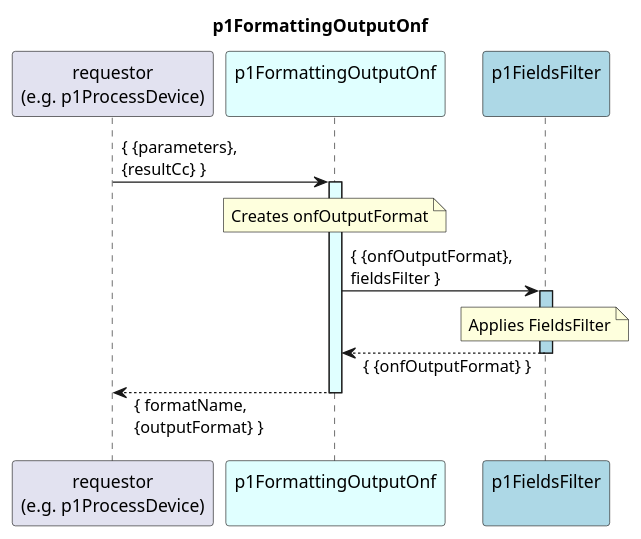
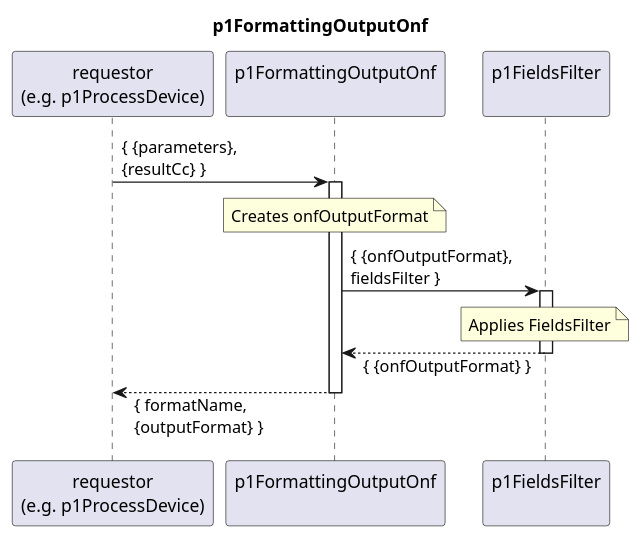
One commit to openBackhaul/DevicePerformanceManagementDataProcessor changed the diagram in spec/Functions/p1StreamPmData/p1ProcessDevice/p1FormattingOutputOnf/1.0.0/p1FormattingOutputOnf.plantuml. Above: the diagram before and after it, drawn with PlantUML. The commit also changed 15 other files, not shown here.

Commit message:
Down version p1FormattingOutputApt

```diff
--- a/spec/Functions/p1StreamPmData/p1ProcessDevice/p1FormattingOutputOnf/1.0.0/p1FormattingOutputOnf.plantuml
+++ b/spec/Functions/p1StreamPmData/p1ProcessDevice/p1FormattingOutputOnf/1.0.0/p1FormattingOutputOnf.plantuml
@@ -1,30 +1,30 @@
 @startuml p1FormattingOutputOnf
 skinparam responseMessageBelowArrow true
 
 title
   p1FormattingOutputOnf
 end title
 
 participant "requestor\n(e.g. p1ProcessDevice)" as requestor
-participant "p1FormattingOutputOnf\n" as cur #LightCyan
-participant "p1FieldsFilter\n" as fieldsFilter #LightBlue
+participant "p1FormattingOutputOnf\n" as cur
+participant "p1FieldsFilter\n" as fieldsFilter
 
 requestor -> cur: { {parameters},\n{resultCc} }
-activate cur #LightCyan
+activate cur
 
   note over cur
     Creates onfOutputFormat
   end note
 
   cur -> fieldsFilter: { {onfOutputFormat},\nfieldsFilter }
-  activate fieldsFilter #LightBlue
+  activate fieldsFilter
     note over fieldsFilter
       Applies FieldsFilter
     end note
   cur <-- fieldsFilter: { {onfOutputFormat} }
-  deactivate fieldsFilter #LightBlue
+  deactivate fieldsFilter
 
 requestor <-- cur: { formatName,\n{outputFormat} }
 deactivate cur
 
 @enduml
```
